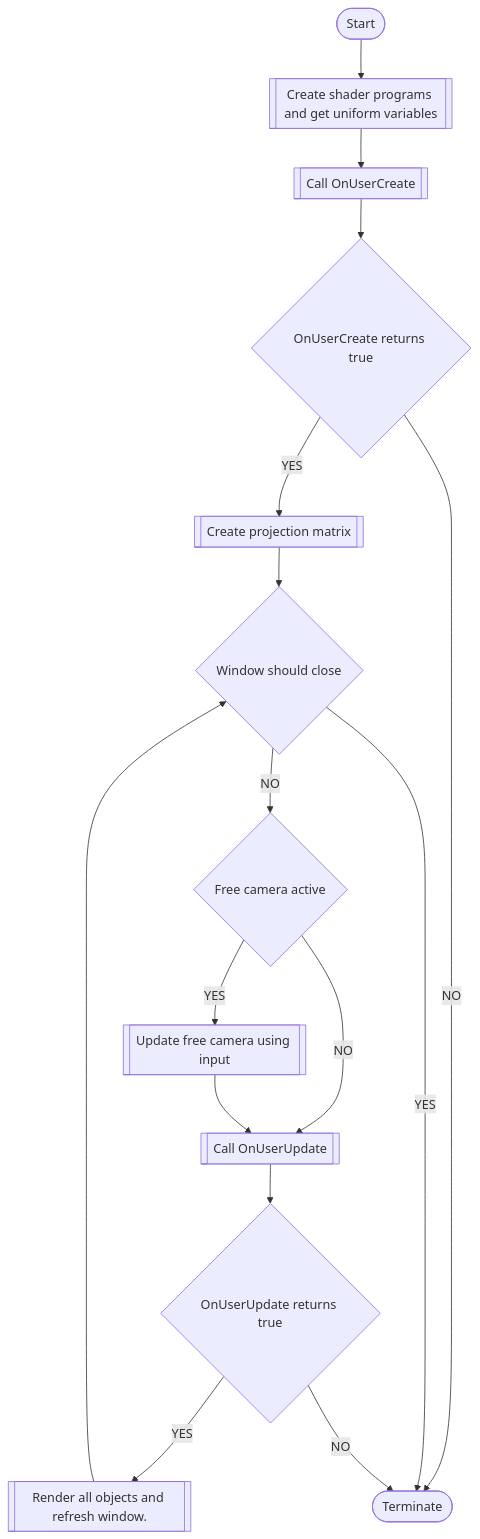
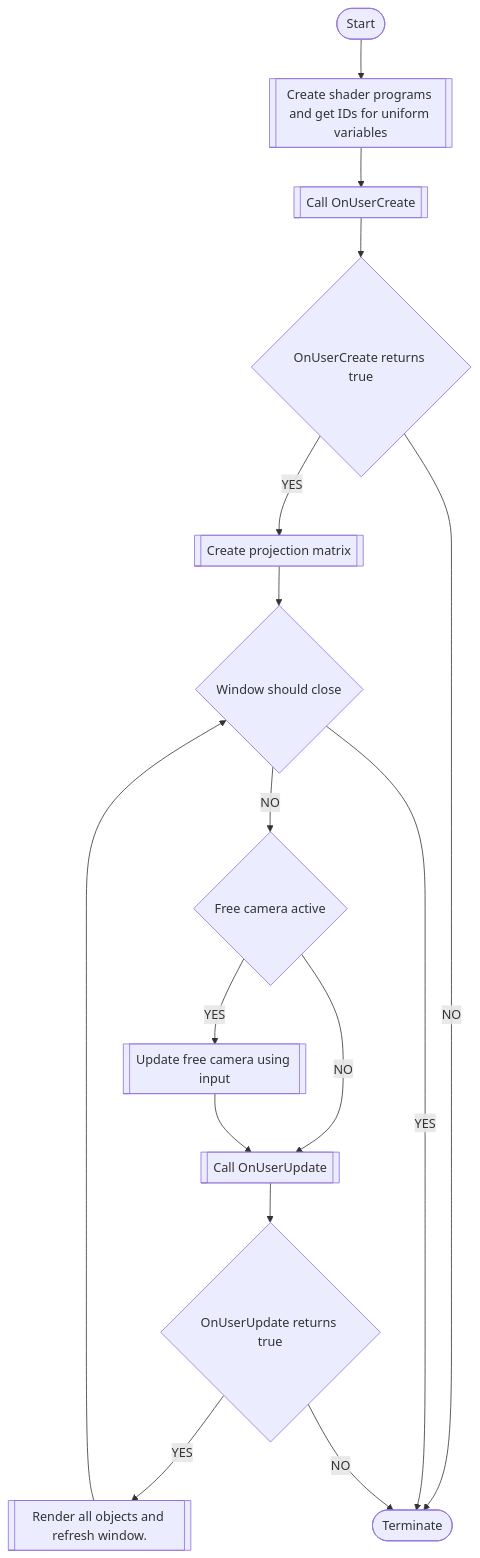
The diagram in README.md (arslanberkeozgur/OpenGLGameEngine), drawn with Mermaid before and after one commit.

````diff
--- a/README.md
+++ b/README.md
@@ -23,31 +23,31 @@
 ``` mermaid
 flowchart TD
 st([Start])
-op1[[Create shader programs and get uniform variables]]
+op1[[Create shader programs and get IDs for uniform variables]]
 op2[[Call OnUserCreate]]
 cond1{OnUserCreate returns true}
 op3[[Create projection matrix]]
 cond2{Window should close}
 cond3{Free camera active}
 op4[[Update free camera using input]]
 op5[[Call OnUserUpdate]]
 cond4{OnUserUpdate returns true}
 op6[[Render all objects and refresh window.]]
 e([Terminate])
 
 st-->op1
 op1-->op2
 op2-->cond1
 cond1-- YES -->op3
 cond1-- NO -->e
 op3-->cond2
 cond2-- NO -->cond3
 cond2-- YES -->e
 cond3-- YES -->op4
 cond3-- NO -->op5
 op4-->op5
 op5-->cond4
 cond4-- YES -->op6
 cond4-- NO -->e
 op6-->cond2
 ```
````
